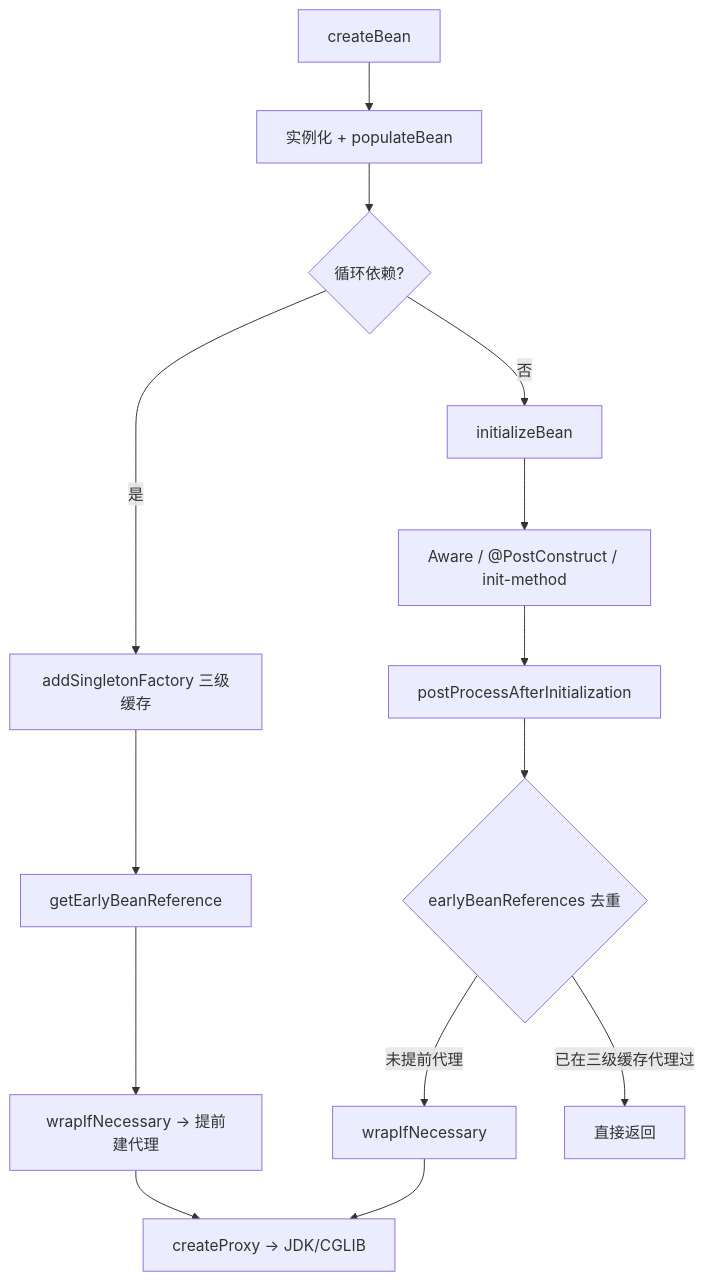
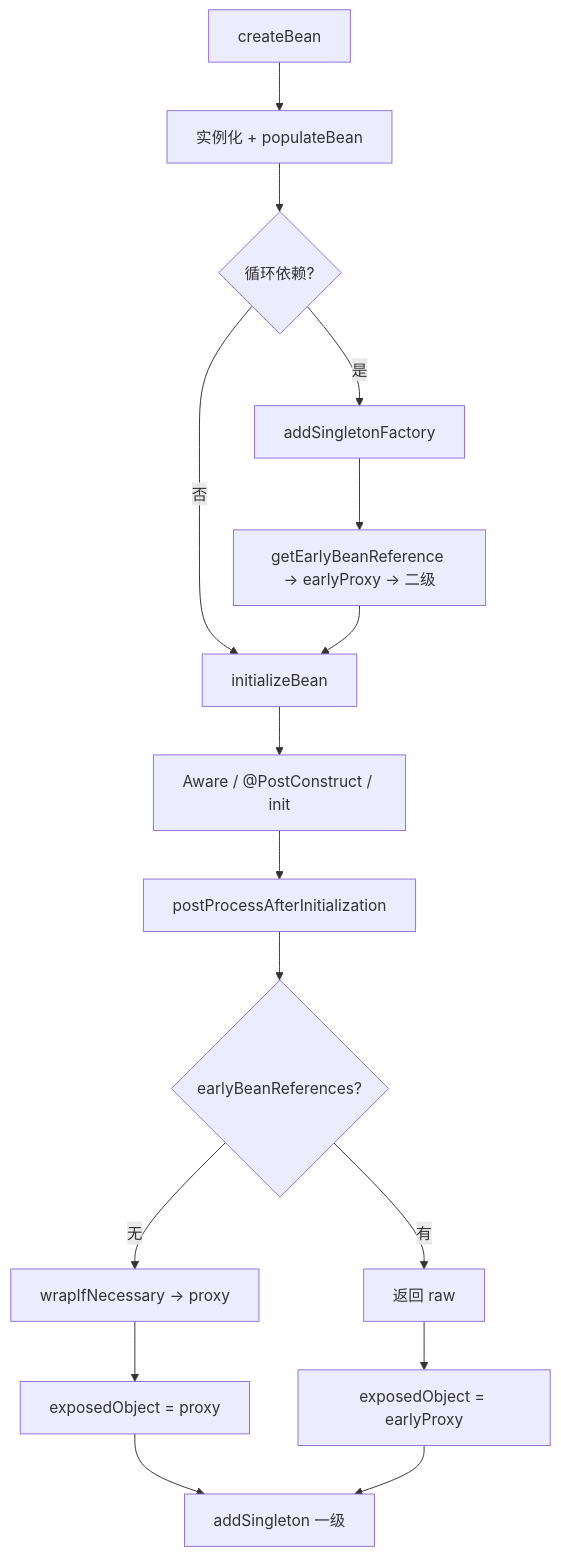
The diagram in Senior Java Engineer/1-Java/框架/spring/22-Spring-AOP代理创建详解.md (guoyang13/KnowledgeVault), drawn with Mermaid before and after one commit. The commit also changed other lines of this file and 15 other files, not shown here.

````diff
--- a/Senior Java Engineer/1-Java/框架/spring/22-Spring-AOP代理创建详解.md
+++ b/Senior Java Engineer/1-Java/框架/spring/22-Spring-AOP代理创建详解.md
@@ -223,16 +360,18 @@
 ```mermaid
 flowchart TD
     A[createBean] --> B[实例化 + populateBean]
     B --> C{循环依赖?}
-    C -->|是| D[addSingletonFactory 三级缓存]
-    D --> E[getEarlyBeanReference]
-    E --> F[wrapIfNecessary → 提前建代理]
+    C -->|是| D[addSingletonFactory]
+    D --> E[getEarlyBeanReference → earlyProxy → 二级]
     C -->|否| G[initializeBean]
-    G --> H[Aware / @PostConstruct / init-method]
+    E --> G
+    G --> H[Aware / @PostConstruct / init]
     H --> I[postProcessAfterInitialization]
-    I --> J{earlyBeanReferences 去重}
-    J -->|未提前代理| K[wrapIfNecessary]
-    J -->|已在三级缓存代理过| L[直接返回]
-    K --> M[createProxy → JDK/CGLIB]
-    F --> M
+    I --> J{earlyBeanReferences?}
+    J -->|无| K[wrapIfNecessary → proxy]
+    J -->|有| L[返回 raw]
+    K --> M[exposedObject = proxy]
+    L --> N[exposedObject = earlyProxy]
+    M --> O[addSingleton 一级]
+    N --> O
 ```
````
